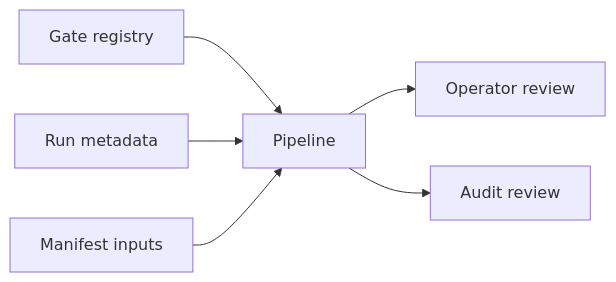
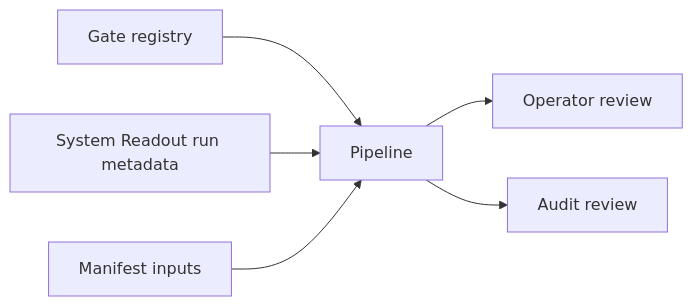
The diagram in docs/02-modules/pipeline/01-semantic-contract-v1.md (everything-is-simple/Asteria), drawn with Mermaid before and after one commit. The commit also changed other lines of this file and 41 other files, not shown here.

````diff
--- a/docs/02-modules/pipeline/01-semantic-contract-v1.md
+++ b/docs/02-modules/pipeline/01-semantic-contract-v1.md
@@ -111,8 +95,8 @@
 ```mermaid
 flowchart LR
     G[Gate registry] --> P[Pipeline]
-    R[Run metadata] --> P
+    R[System Readout run metadata] --> P
     M[Manifest inputs] --> P
     P --> O[Operator review]
     P --> A[Audit review]
 ```
````
